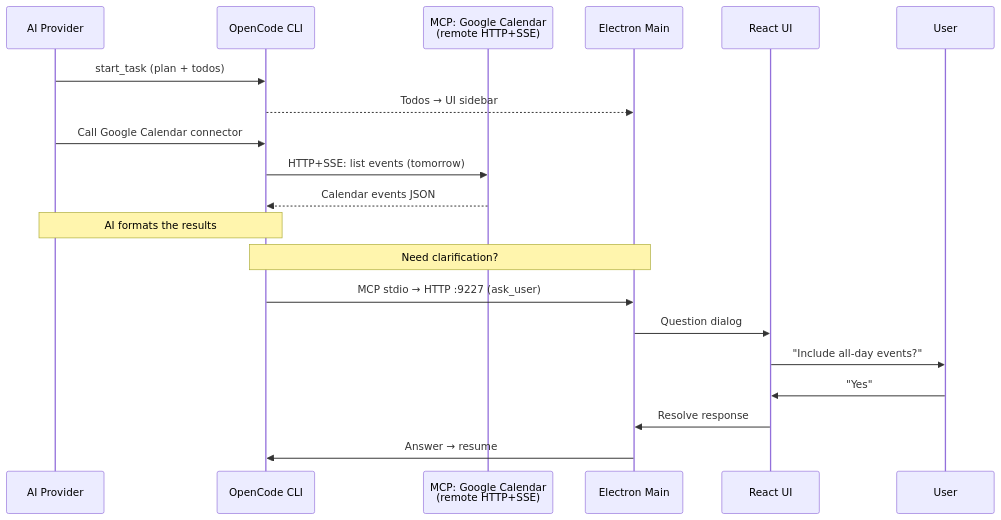
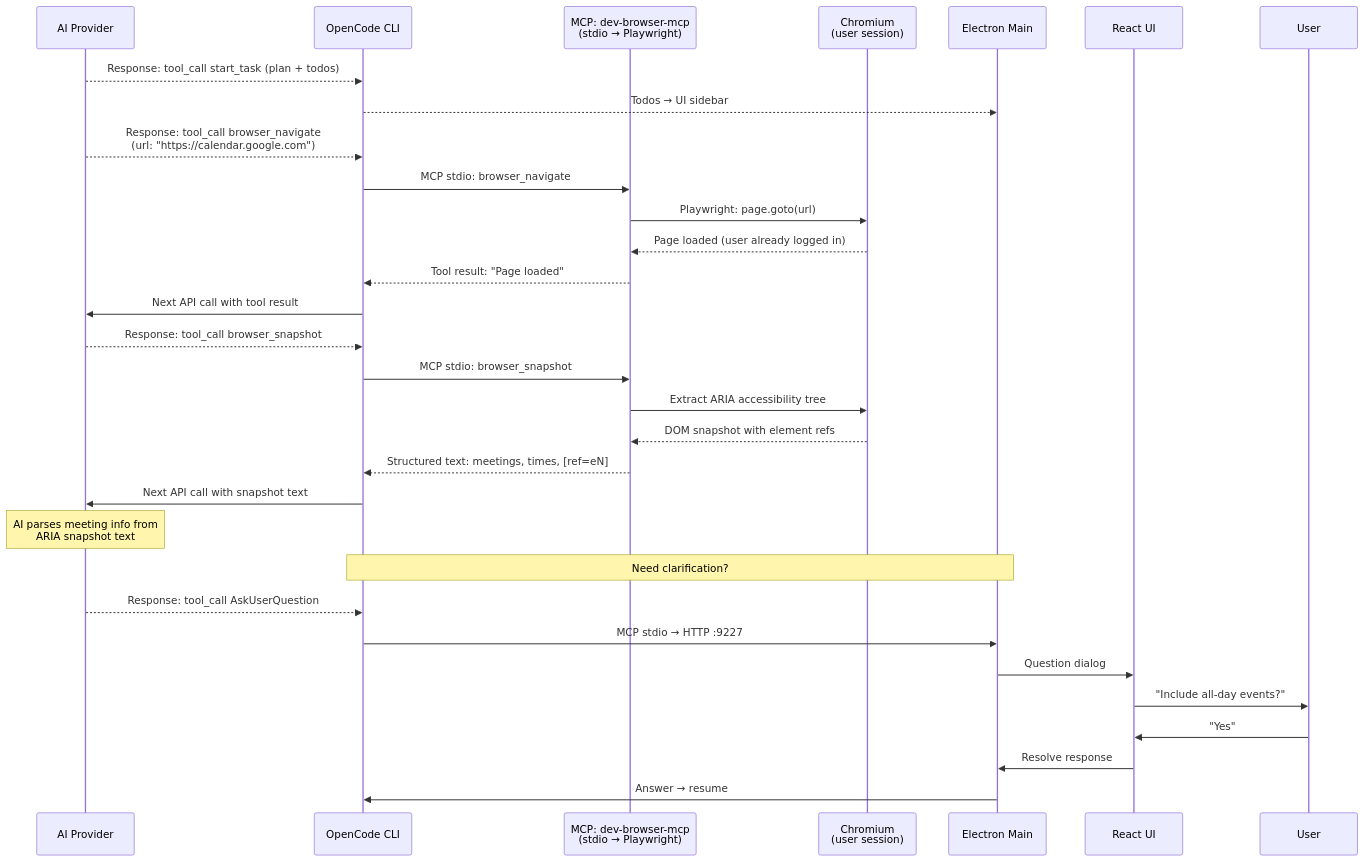
One commit to dome/accomplish changed the third of 7 diagrams in docs/task-flow-slides.md. Above: the diagram before and after it, drawn with Mermaid. The commit also changed other lines of this file and 280 other files, not shown here.

Commit message:
fix: resolve merge conflicts with main, rename provider-base-url migration to v015

````diff
--- a/docs/task-flow-slides.md
+++ b/docs/task-flow-slides.md
@@ -78,26 +78,38 @@
 ```mermaid
 sequenceDiagram
   participant AI as AI Provider
   participant OC as OpenCode CLI
-  participant MCP as MCP: Google Calendar<br/>(remote HTTP+SSE)
+  participant MCP as MCP: dev-browser-mcp<br/>(stdio → Playwright)
+  participant Browser as Chromium<br/>(user session)
   participant Main as Electron Main
   participant UI as React UI
   participant User
 
-  AI->>OC: start_task (plan + todos)
+  AI-->>OC: Response: tool_call start_task (plan + todos)
   OC-->>Main: Todos → UI sidebar
 
-  AI->>OC: Call Google Calendar connector
-  OC->>MCP: HTTP+SSE: list events (tomorrow)
-  MCP-->>OC: Calendar events JSON
+  AI-->>OC: Response: tool_call browser_navigate<br/>(url: "https://calendar.google.com")
+  OC->>MCP: MCP stdio: browser_navigate
+  MCP->>Browser: Playwright: page.goto(url)
+  Browser-->>MCP: Page loaded (user already logged in)
+  MCP-->>OC: Tool result: "Page loaded"
+  OC->>AI: Next API call with tool result
 
-  Note over AI,OC: AI formats the results
+  AI-->>OC: Response: tool_call browser_snapshot
+  OC->>MCP: MCP stdio: browser_snapshot
+  MCP->>Browser: Extract ARIA accessibility tree
+  Browser-->>MCP: DOM snapshot with element refs
+  MCP-->>OC: Structured text: meetings, times, [ref=eN]
+  OC->>AI: Next API call with snapshot text
+
+  Note over AI: AI parses meeting info from<br/>ARIA snapshot text
 
   Note over OC,Main: Need clarification?
-  OC->>Main: MCP stdio → HTTP :9227 (ask_user)
+  AI-->>OC: Response: tool_call AskUserQuestion
+  OC->>Main: MCP stdio → HTTP :9227
   Main->>UI: Question dialog
   UI->>User: "Include all-day events?"
   User->>UI: "Yes"
   UI->>Main: Resolve response
   Main->>OC: Answer → resume
 ```
````
